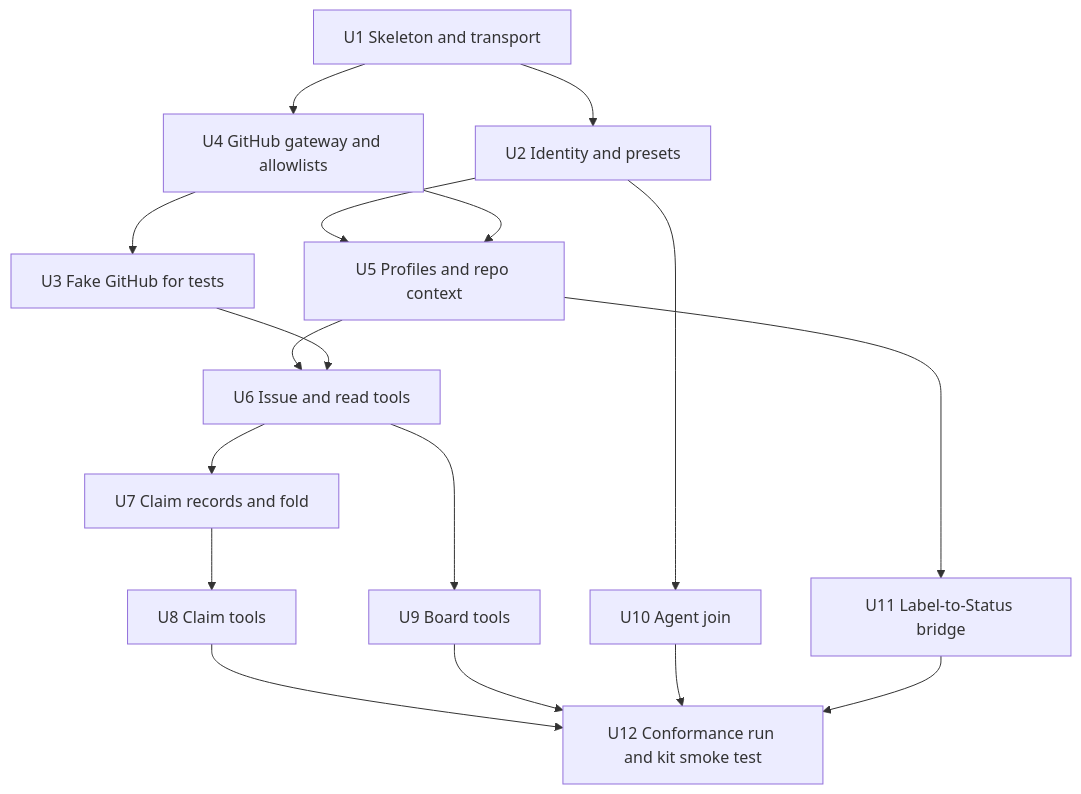
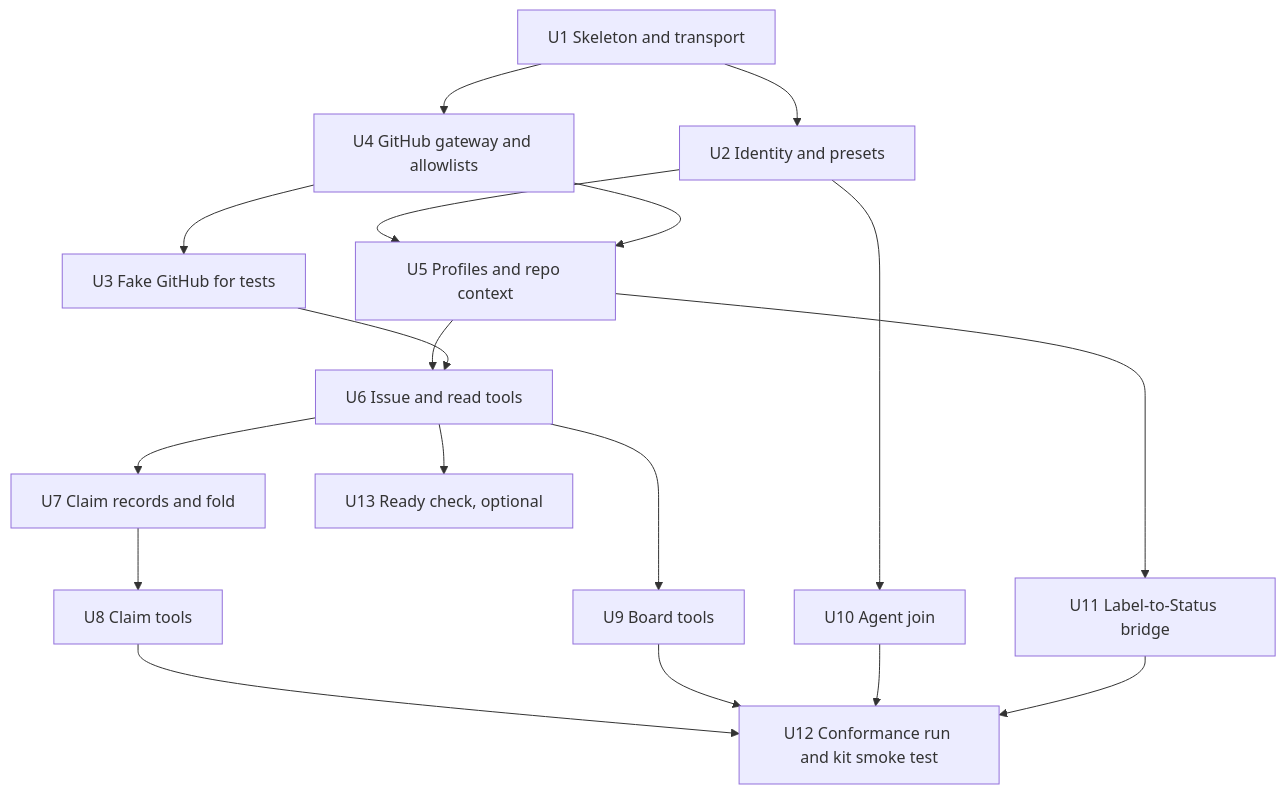
Before and after one commit to dandelion-love/gtd-board-kit: the diagram in server-spec/work-plan.md, drawn with Mermaid. The commit also changed other lines of this file and 12 other files, not shown here.

First line of the commit message:
Specify the read-only ready check (item_ready) with checks R1 to R7

````diff
--- a/server-spec/work-plan.md
+++ b/server-spec/work-plan.md
@@ -12,19 +12,20 @@
 ```mermaid
 flowchart TD
   U1[U1 Skeleton and transport] --> U2[U2 Identity and presets]
   U1 --> U4[U4 GitHub gateway and allowlists]
   U4 --> U3F[U3 Fake GitHub for tests]
   U2 --> U5[U5 Profiles and repo context]
   U4 --> U5
   U5 --> U6[U6 Issue and read tools]
   U3F --> U6
   U6 --> U7[U7 Claim records and fold]
   U7 --> U8[U8 Claim tools]
   U6 --> U9[U9 Board tools]
   U2 --> U10[U10 Agent join]
   U5 --> U11[U11 Label-to-Status bridge]
   U8 --> U12[U12 Conformance run and kit smoke test]
   U9 --> U12
   U10 --> U12
   U11 --> U12
+  U6 --> U13[U13 Ready check, optional]
 ```
````
